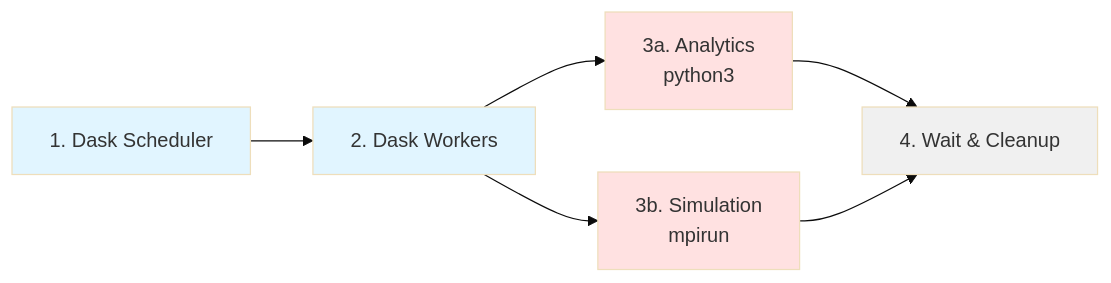
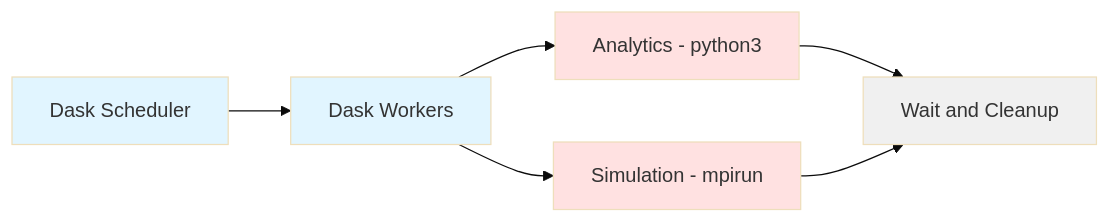
One commit to thomas-bouvier/slides-spack-tutorial-for-beginners changed the second of 2 diagrams in slides.md. Above: the diagram before and after it, drawn with Mermaid (base theme).

Commit message:
fix: mermaid boxes

````diff
--- a/slides.md
+++ b/slides.md
@@ -743,14 +743,14 @@
 ```mermaid {scale: 0.7}
 graph LR
-    A[1. Dask Scheduler] --> B[2. Dask Workers]
-    B --> C[3a. Analytics<br/>python3]
-    B --> D[3b. Simulation<br/>mpirun]
-    C --> E[4. Wait & Cleanup]
+    A["Dask Scheduler"] --> B["Dask Workers"]
+    B --> C["Analytics - python3"]
+    B --> D["Simulation - mpirun"]
+    C --> E["Wait and Cleanup"]
     D --> E
     
     style A fill:#e1f5ff
     style B fill:#e1f5ff
     style C fill:#ffe1e1
     style D fill:#ffe1e1
     style E fill:#f0f0f0
 ```
````
